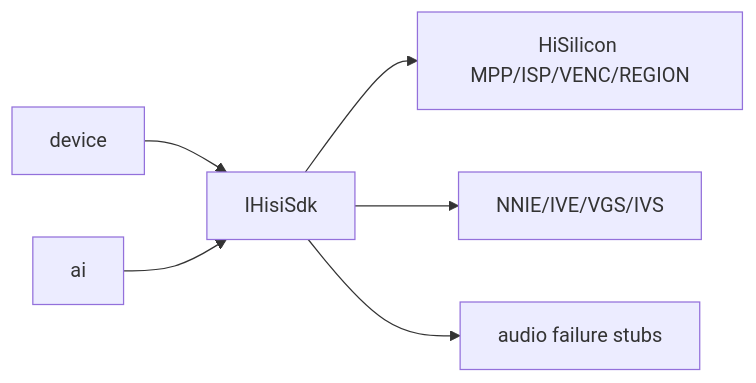
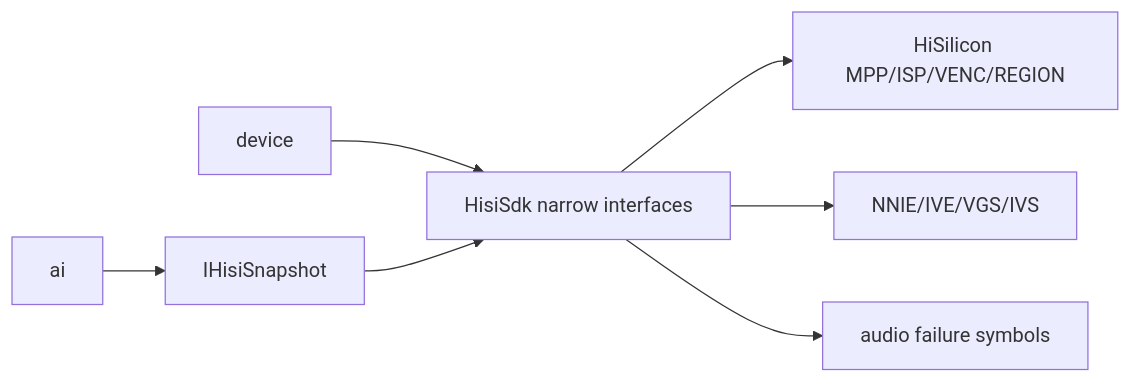
Before and after one commit to 373699756/live_stream: the diagram in docs/libs/hisi_vendor.md, drawn with Mermaid. The commit also changed other lines of this file and 347 other files, not shown here.

````diff
--- a/docs/libs/hisi_vendor.md
+++ b/docs/libs/hisi_vendor.md
@@ -14,8 +15,9 @@
 ```mermaid
 flowchart LR
-  Media[device] --> SDK[IHisiSdk]
-  AI[ai] --> SDK
+  Media[device] --> SDK[HisiSdk narrow interfaces]
+  AI[ai] --> Snapshot[IHisiSnapshot]
+  Snapshot --> SDK
   SDK --> MPP[HiSilicon MPP/ISP/VENC/REGION]
   SDK --> SVP[NNIE/IVE/VGS/IVS]
-  SDK --> AudioStub[audio failure stubs]
+  SDK --> AudioSymbols[audio failure symbols]
 ```
````
